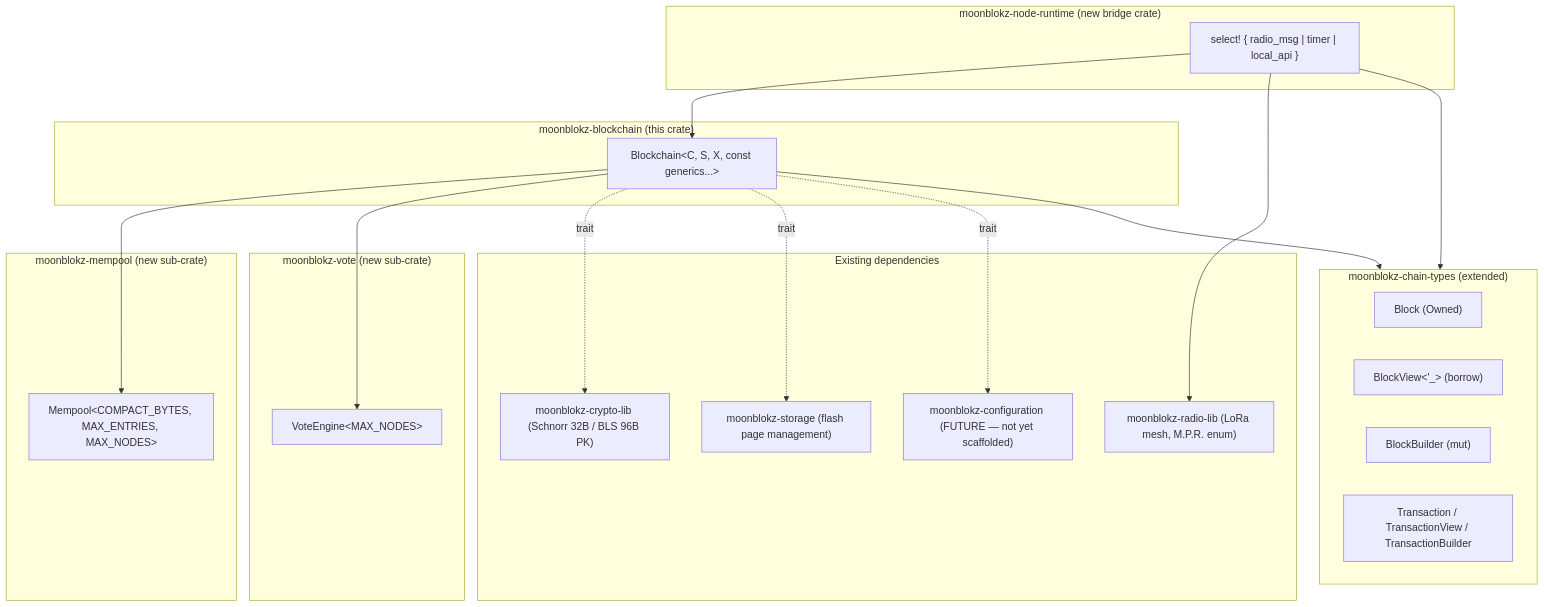
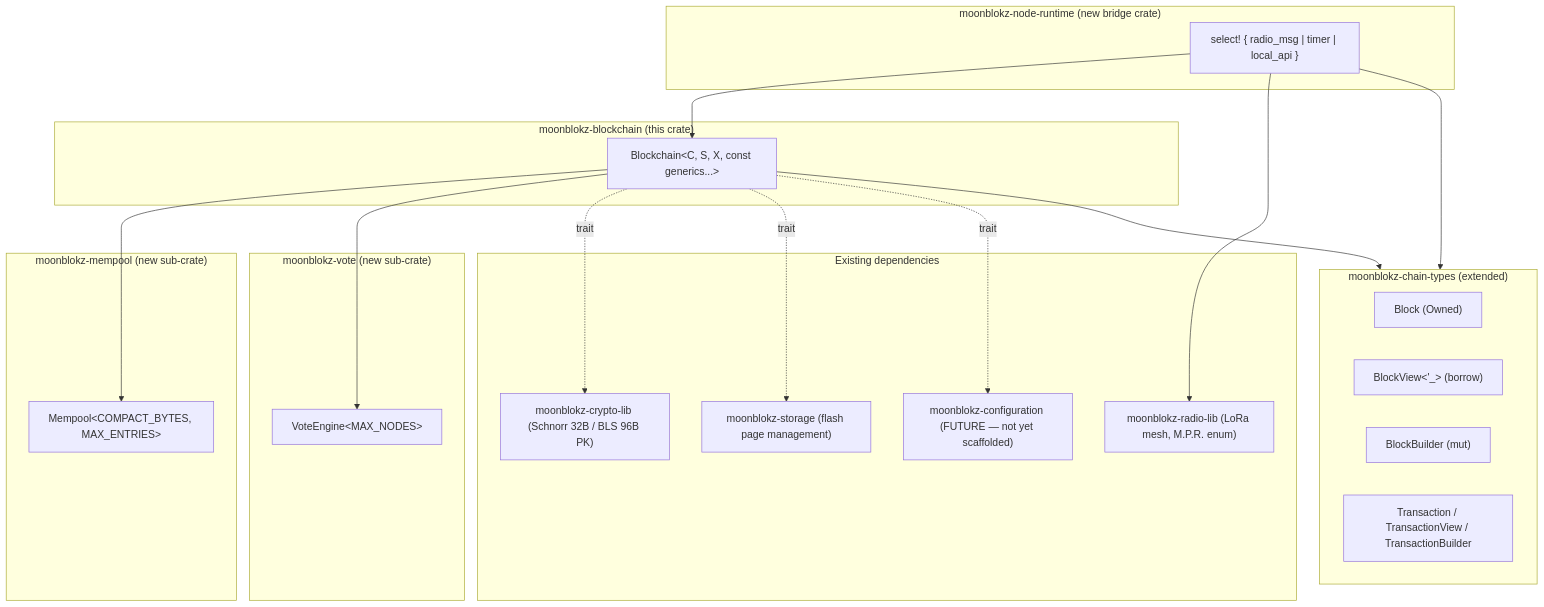
Before and after one commit to petersallai/moonblokz-info: the first of 3 diagrams in moonblokz-blockchain-architecture.md, drawn with Mermaid. The commit also changed other lines of this file and 5 other files, not shown here.

First line of the commit message:
Refactor mempool and blockchain architecture for improved memory efficiency

````diff
--- a/moonblokz-blockchain-architecture.md
+++ b/moonblokz-blockchain-architecture.md
@@ -118,37 +118,37 @@
 ```mermaid
 graph TB
     subgraph ChainLib["moonblokz-blockchain (this crate)"]
         BC["Blockchain&lt;C, S, X, const generics...&gt;"]
     end
     subgraph Mempool["moonblokz-mempool (new sub-crate)"]
-        MP["Mempool&lt;COMPACT_BYTES, MAX_ENTRIES, MAX_NODES&gt;"]
+        MP["Mempool&lt;COMPACT_BYTES, MAX_ENTRIES&gt;"]
     end
     subgraph Vote["moonblokz-vote (new sub-crate)"]
         VE["VoteEngine&lt;MAX_NODES&gt;"]
     end
     subgraph Runtime["moonblokz-node-runtime (new bridge crate)"]
         BR["select! { radio_msg | timer | local_api }"]
     end
     subgraph Types["moonblokz-chain-types (extended)"]
         T1["Block (Owned)"]
         T2["BlockView&lt;'_&gt; (borrow)"]
         T3["BlockBuilder (mut)"]
         T4["Transaction / TransactionView / TransactionBuilder"]
     end
     subgraph Existing["Existing dependencies"]
         Crypto["moonblokz-crypto-lib (Schnorr 32B / BLS 96B PK)"]
         Storage["moonblokz-storage (flash page management)"]
         Radio["moonblokz-radio-lib (LoRa mesh, M.P.R. enum)"]
         Config["moonblokz-configuration (FUTURE — not yet scaffolded)"]
     end
 
     BC --> MP
     BC --> VE
     BC --> Types
     BC -.trait.-> Crypto
     BC -.trait.-> Storage
     BC -.trait.-> Config
     BR --> BC
     BR --> Radio
     BR --> Types
 ```
````
